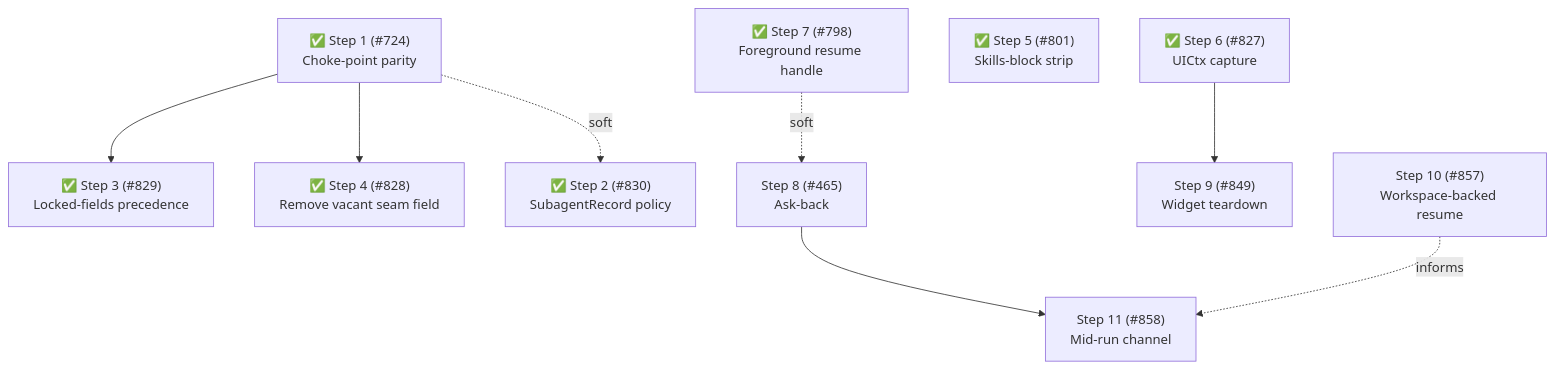
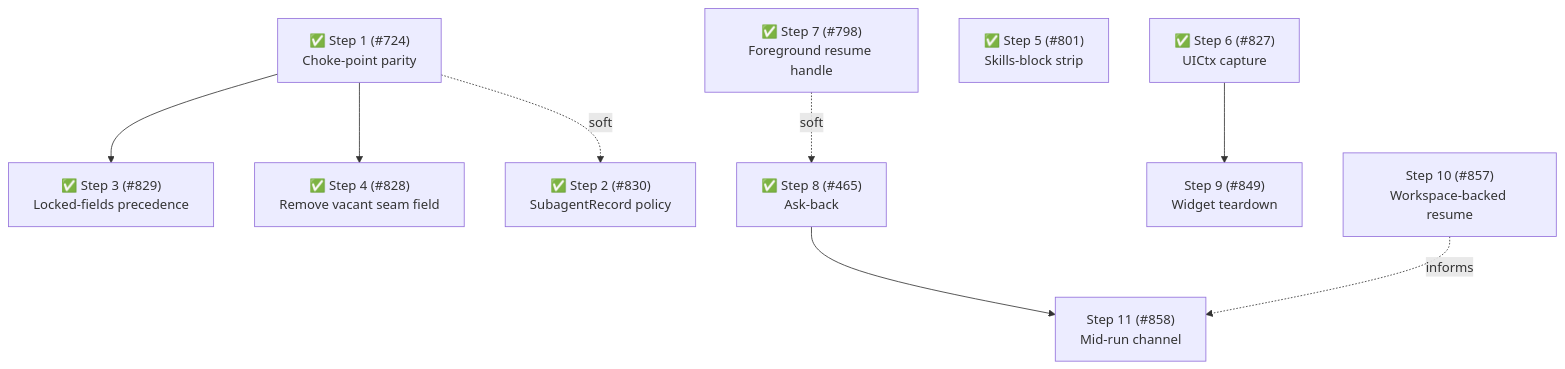
Before and after one commit to gotgenes/pi-packages: the sixth of 6 diagrams in packages/pi-subagents/docs/architecture/architecture.md, drawn with Mermaid. The commit also changed other lines of this file and 1 other file, not shown here.

First line of the commit message:
docs(pi-subagents): record ask-back and the delivery-path fixes

````diff
--- a/packages/pi-subagents/docs/architecture/architecture.md
+++ b/packages/pi-subagents/docs/architecture/architecture.md
@@ -999,11 +1011,11 @@
 ```mermaid
 flowchart TD
     S1["✅ Step 1 (#724)<br/>Choke-point parity"] --> S3["✅ Step 3 (#829)<br/>Locked-fields precedence"]
     S1 --> S4["✅ Step 4 (#828)<br/>Remove vacant seam field"]
     S1 -.soft.-> S2["✅ Step 2 (#830)<br/>SubagentRecord policy"]
-    S7["✅ Step 7 (#798)<br/>Foreground resume handle"] -.soft.-> S8["Step 8 (#465)<br/>Ask-back"]
+    S7["✅ Step 7 (#798)<br/>Foreground resume handle"] -.soft.-> S8["✅ Step 8 (#465)<br/>Ask-back"]
     S5["✅ Step 5 (#801)<br/>Skills-block strip"]
     S6["✅ Step 6 (#827)<br/>UICtx capture"] --> S9["Step 9 (#849)<br/>Widget teardown"]
     S8 --> S11["Step 11 (#858)<br/>Mid-run channel"]
     S10["Step 10 (#857)<br/>Workspace-backed resume"] -.informs.-> S11
 ```
````
